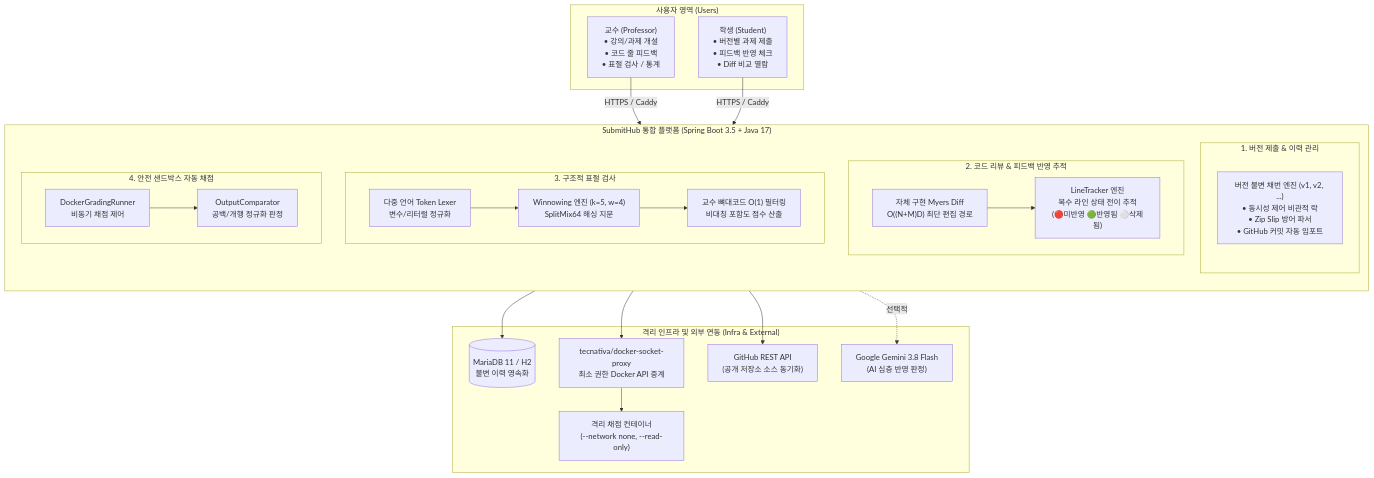
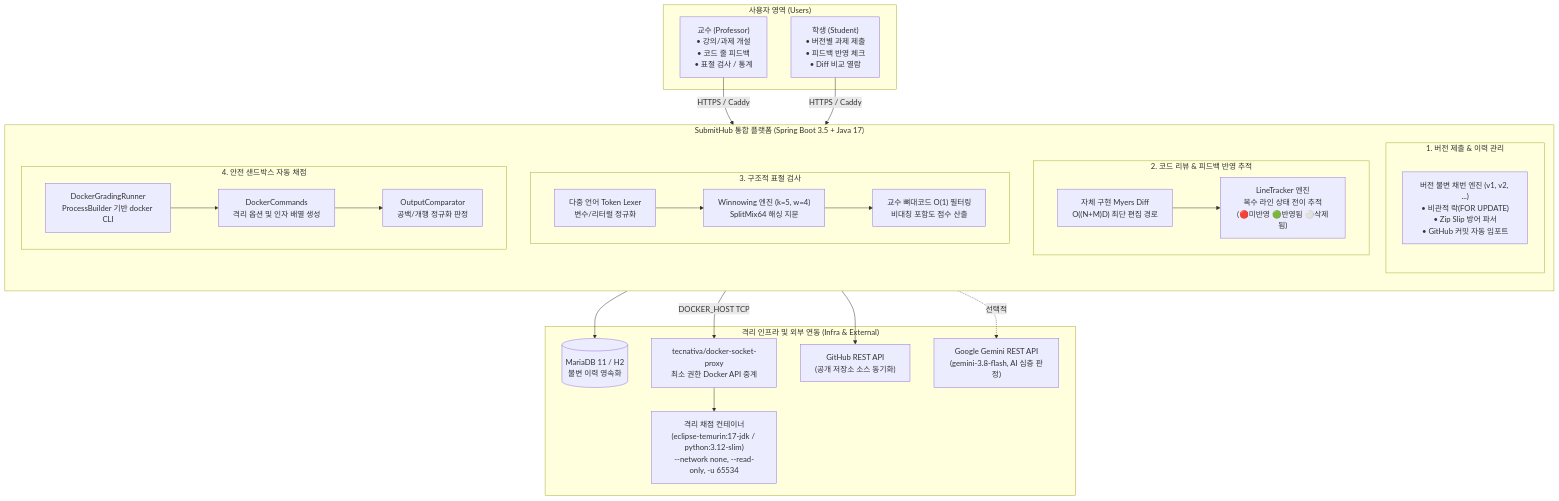
The first of 6 diagrams in docs/프로젝트_산출물/04_시스템_아키텍처_구상도.md (ksw1295/submithub), drawn with Mermaid before and after one commit. The commit also changed other lines of this file and 8 other files, not shown here.

Commit message:
docs: 산출물 팩트체크(실제 엔티티 ERD, Docker CLI, Gemini JSON 규격, 라우팅) 최종 반영

````diff
--- a/docs/프로젝트_산출물/04_시스템_아키텍처_구상도.md
+++ b/docs/프로젝트_산출물/04_시스템_아키텍처_구상도.md
@@ -14,48 +14,49 @@
 ```mermaid
 flowchart TB
     subgraph Users ["사용자 영역 (Users)"]
         Prof["교수 (Professor)<br/>• 강의/과제 개설<br/>• 코드 줄 피드백<br/>• 표절 검사 / 통계"]
         Stud["학생 (Student)<br/>• 버전별 과제 제출<br/>• 피드백 반영 체크<br/>• Diff 비교 열람"]
     end
 
     subgraph SubmitHubCore ["SubmitHub 통합 플랫폼 (Spring Boot 3.5 + Java 17)"]
         direction TB
         
         subgraph Sub_Pipeline ["1. 버전 제출 & 이력 관리"]
-            V_Engine["버전 불변 채번 엔진 (v1, v2, ...)<br/>• 동시성 제어 비관적 락<br/>• Zip Slip 방어 파서<br/>• GitHub 커밋 자동 임포트"]
+            V_Engine["버전 불변 채번 엔진 (v1, v2, ...)<br/>• 비관적 락(FOR UPDATE)<br/>• Zip Slip 방어 파서<br/>• GitHub 커밋 자동 임포트"]
         end
 
         subgraph Review_Pipeline ["2. 코드 리뷰 & 피드백 반영 추적"]
             Diff_Engine["자체 구현 Myers Diff<br/>O((N+M)D) 최단 편집 경로"]
             Line_Tracker["LineTracker 엔진<br/>복수 라인 상태 전이 추적<br/>(🔴미반영 🟢반영됨 ⚪삭제됨)"]
             Diff_Engine --> Line_Tracker
         end
 
         subgraph Plag_Pipeline ["3. 구조적 표절 검사"]
             Lexer["다중 언어 Token Lexer<br/>변수/리터럴 정규화"]
             Winnow["Winnowing 엔진 (k=5, w=4)<br/>SplitMix64 해싱 지문"]
             Base_Filter["교수 뼈대코드 O(1) 필터링<br/>비대칭 포함도 점수 산출"]
             Lexer --> Winnow --> Base_Filter
         end
 
         subgraph Grade_Pipeline ["4. 안전 샌드박스 자동 채점"]
-            Runner["DockerGradingRunner<br/>비동기 채점 제어"]
+            Runner["DockerGradingRunner<br/>ProcessBuilder 기반 docker CLI"]
+            Commands["DockerCommands<br/>격리 옵션 및 인자 배열 생성"]
             Comparator["OutputComparator<br/>공백/개행 정규화 판정"]
-            Runner --> Comparator
+            Runner --> Commands --> Comparator
         end
     end
 
     subgraph Infra_Layer ["격리 인프라 및 외부 연동 (Infra & External)"]
         DB[("MariaDB 11 / H2<br/>불변 이력 영속화")]
         Proxy["tecnativa/docker-socket-proxy<br/>최소 권한 Docker API 중계"]
-        Sandbox["격리 채점 컨테이너<br/>(--network none, --read-only)"]
+        Sandbox["격리 채점 컨테이너<br/>(eclipse-temurin:17-jdk / python:3.12-slim)<br/>--network none, --read-only, -u 65534"]
         GitHub["GitHub REST API<br/>(공개 저장소 소스 동기화)"]
-        Gemini["Google Gemini 3.8 Flash<br/>(AI 심층 반영 판정)"]
+        Gemini["Google Gemini REST API<br/>(gemini-3.8-flash, AI 심층 판정)"]
     end
 
     Prof & Stud -->|HTTPS / Caddy| SubmitHubCore
     V_Engine --> DB
     V_Engine --> GitHub
-    Grade_Pipeline --> Proxy --> Sandbox
+    Grade_Pipeline -->|DOCKER_HOST TCP| Proxy --> Sandbox
     Review_Pipeline -.선택적.-> Gemini
 ```
````
